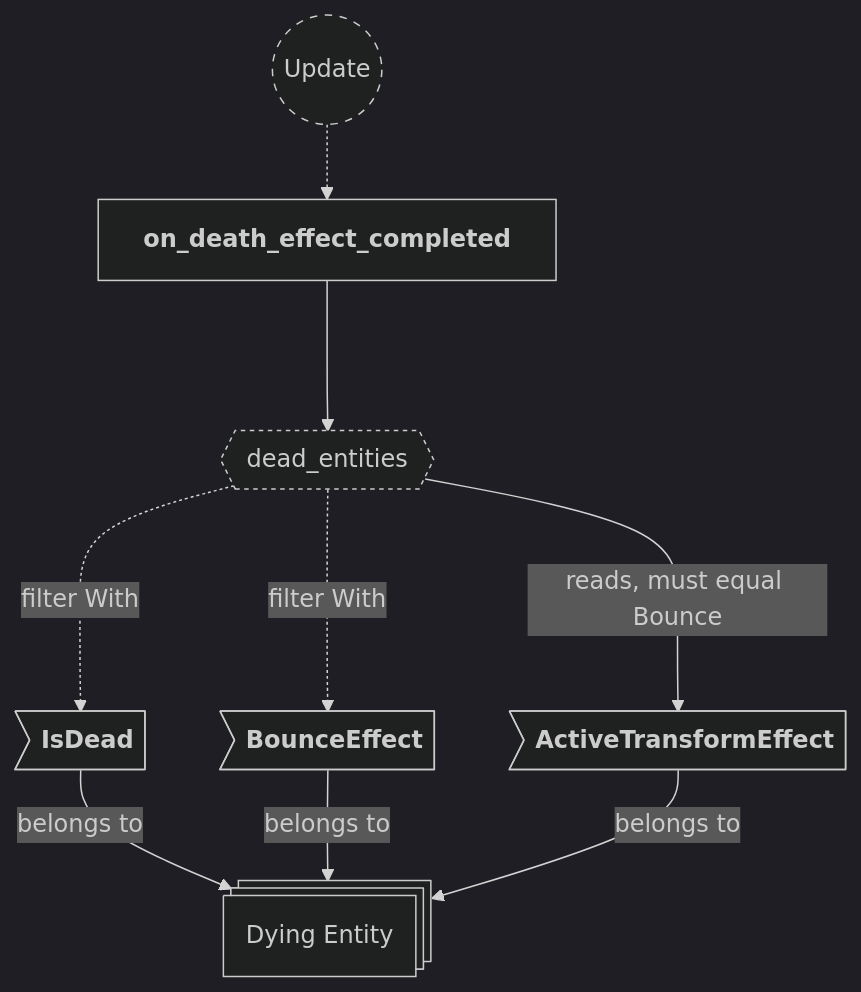
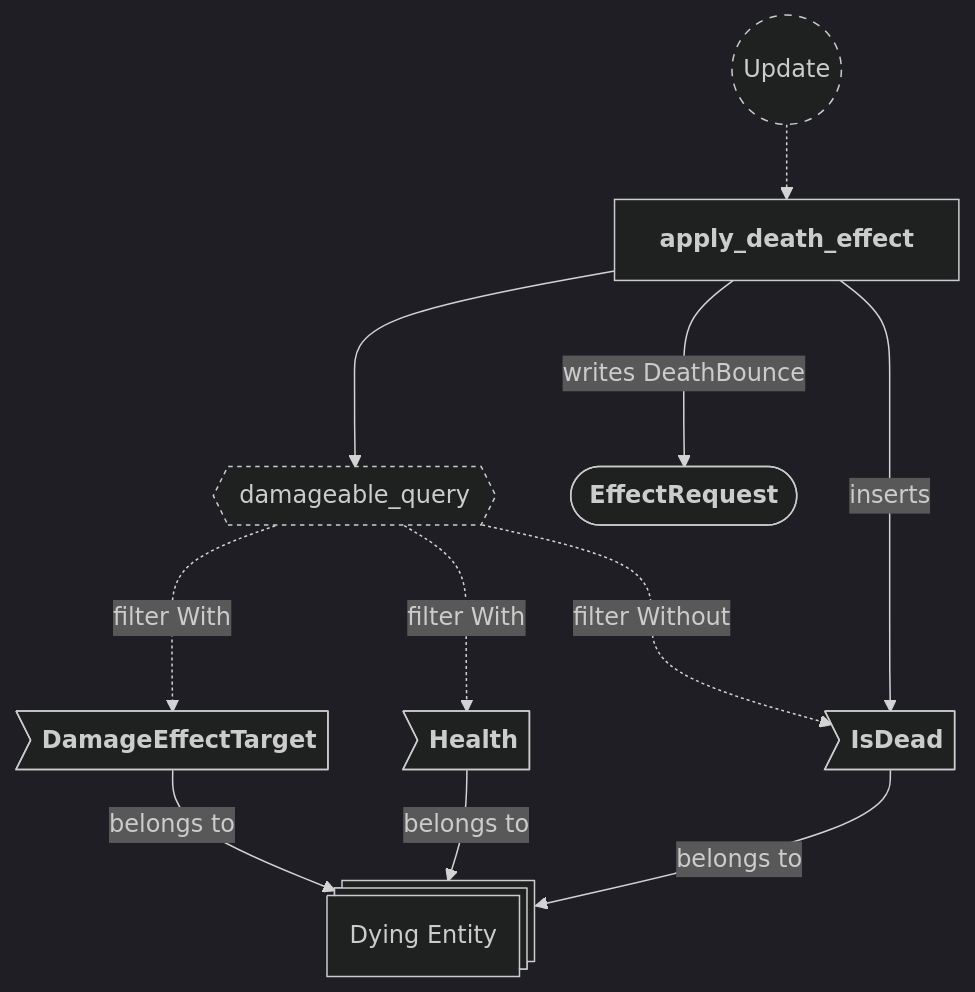
Before and after one commit to neurosoup/tyled: diagram 14 of 25 in backlog/docs/doc-10 - 008-Effects-plugin.md, drawn with Mermaid. The commit also changed other lines of this file and 10 other files, not shown here.

````diff
--- a/backlog/docs/doc-10 - 008-Effects-plugin.md
+++ b/backlog/docs/doc-10 - 008-Effects-plugin.md
@@ -806,28 +666,33 @@
 ```mermaid
 ---
 config:
   theme: dark
 ---
 
 flowchart TD
 classDef system-group stroke-dasharray: 5 5
 classDef query stroke-dasharray: 3 3
 
 update(("`Update`")):::system-group
-on_death_effect_completed["`**on_death_effect_completed**`"]
+apply_death_effect["`**apply_death_effect**`"]
 
-update -.-> on_death_effect_completed
+update -.-> apply_death_effect
 
-dead_query{{"`dead_entities`"}}:::query
-on_death_effect_completed ---> dead_query
+dying_query{{"`damageable_query`"}}:::query
+apply_death_effect ---> dying_query
 
-dead_entity@{ shape: st-rect, label: "Dying Entity" }
+dying_entity@{ shape: st-rect, label: "Dying Entity" }
 
-de_is_dead>"`**IsDead**`"] --> |belongs to| dead_entity
-de_bounce>"`**BounceEffect**`"] --> |belongs to| dead_entity
-de_active>"`**ActiveTransformEffect**`"] --> |belongs to| dead_entity
+de_marker>"`**DamageEffectTarget**`"] --> |belongs to| dying_entity
+de_health>"`**Health**`"] --> |belongs to| dying_entity
+de_is_dead>"`**IsDead**`"] --> |belongs to| dying_entity
 
-dead_query -..-> |filter With| de_is_dead
-dead_query -..-> |filter With| de_bounce
-dead_query ---> |reads, must equal Bounce| de_active
+dying_query -..-> |filter With| de_marker
+dying_query -..-> |filter With| de_health
+dying_query -..-> |filter Without| de_is_dead
+
+apply_death_effect ---> |inserts| de_is_dead
+
+effect_request(["`**EffectRequest**`"])
+apply_death_effect ---> |writes DeathBounce| effect_request
 ```
````
